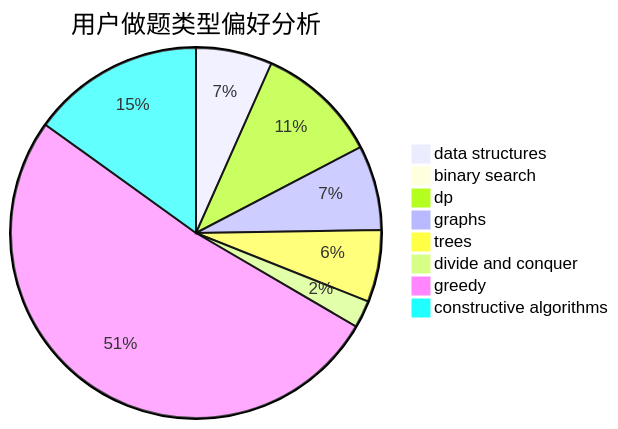
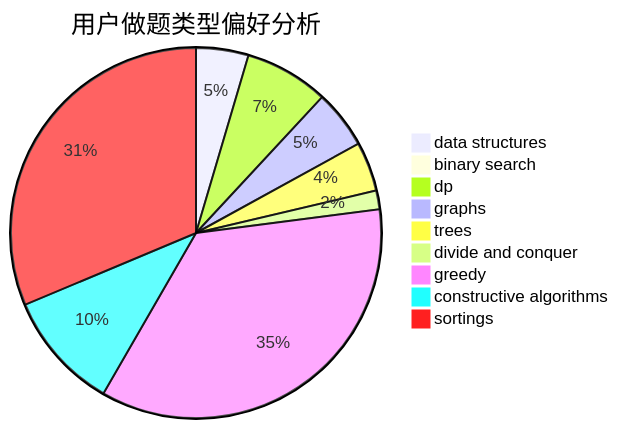
One commit to sherpahu/cfrs.github.io changed the second of 3 diagrams in docs/user/u760.md. Above: the diagram before and after it, drawn with Mermaid. The commit also changed other lines of this file and 2769 other files, not shown here.

````diff
--- a/docs/user/u760.md
+++ b/docs/user/u760.md
@@ -23,11 +18,12 @@
 ```mermaid
 pie title 用户做题类型偏好分析
     "data structures" :  53
     "binary search" :  2
     "dp" :  85
     "graphs" :  59
     "trees" :  50
     "divide and conquer" :  19
     "greedy" :  410
     "constructive algorithms" :  120
+    "sortings" :  363
 ```
````
